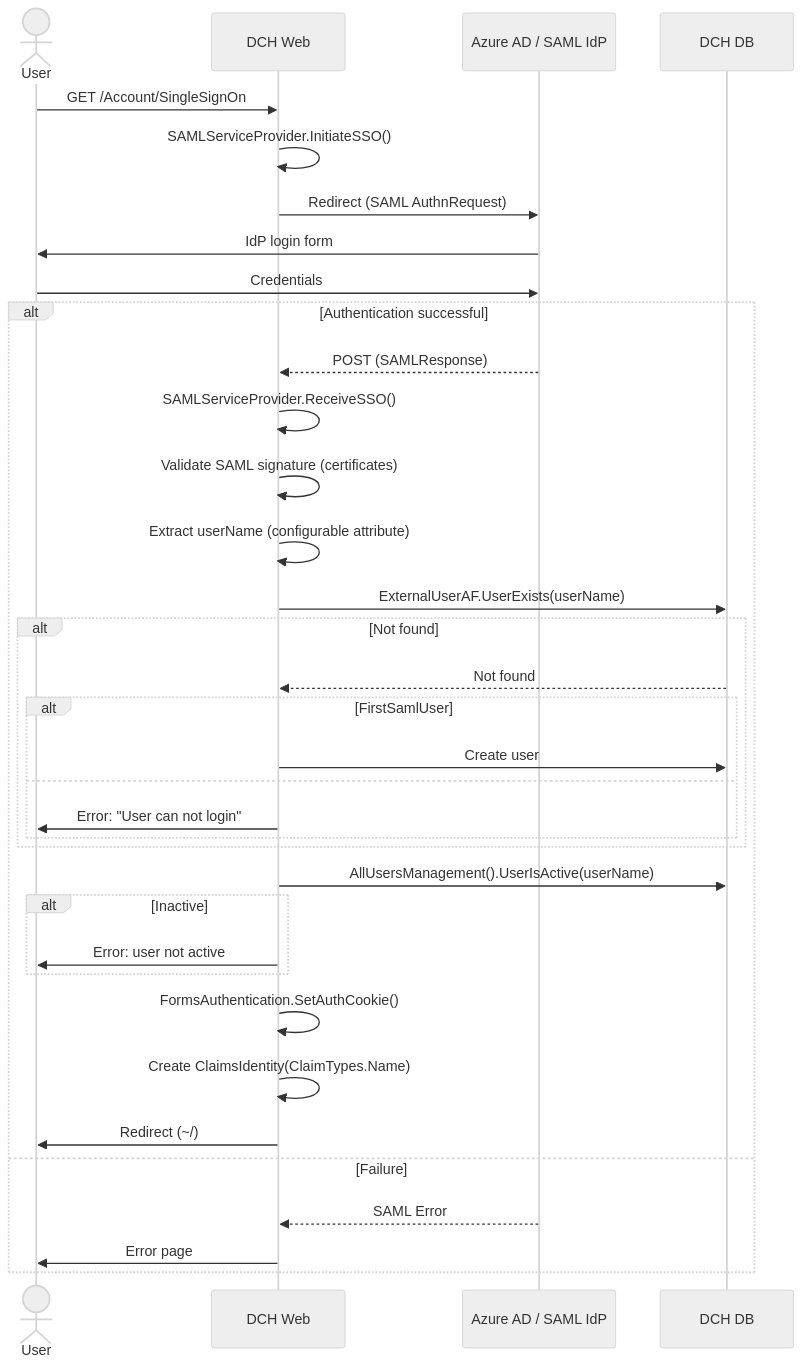
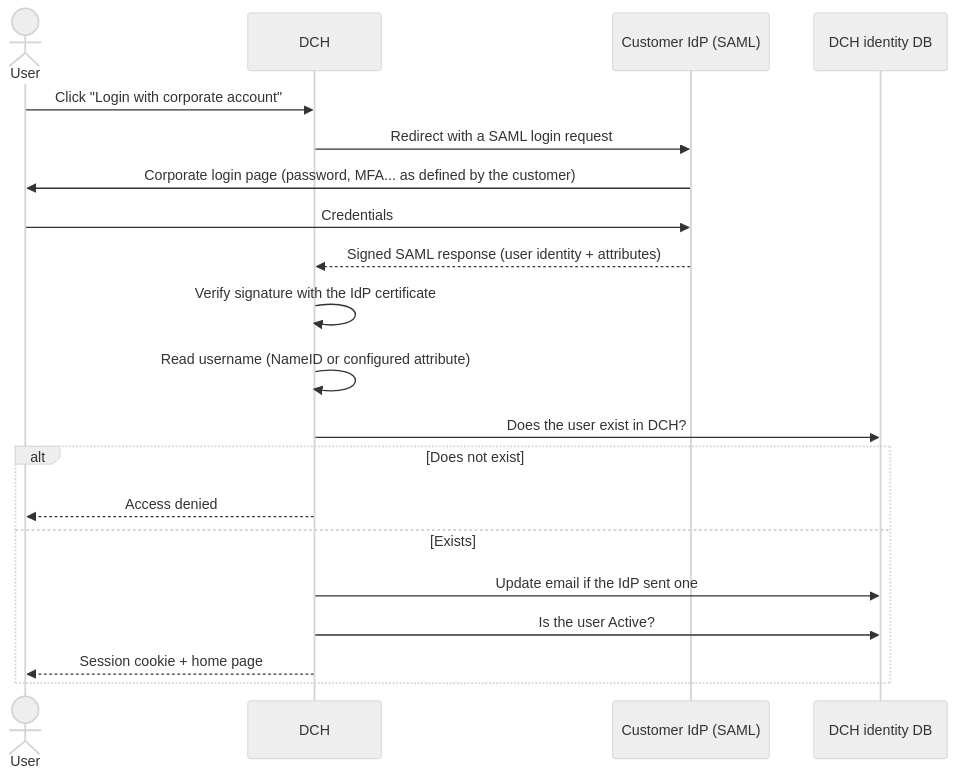
The fourth of 15 diagrams in Docs/AuthAnalysis/DCH_SO99_Authentication_Analysis.en.md (dserranotools/DCH_Implementations), drawn with Mermaid (neutral theme) before and after one commit. The commit also changed other lines of this file and 2 other files, not shown here.

Commit message:
Refactor authentication and authorization documentation for DCH and SO99+: streamline executive summary, enhance clarity on user roles and permissions, and improve alignment recommendations. Update README for better navigation and document structure.

````diff
--- a/Docs/AuthAnalysis/DCH_SO99_Authentication_Analysis.en.md
+++ b/Docs/AuthAnalysis/DCH_SO99_Authentication_Analysis.en.md
@@ -154,45 +196,23 @@
 ```mermaid
 sequenceDiagram
     actor U as User
-    participant D as DCH Web
-    participant IdP as Azure AD / SAML IdP
-    participant DB as DCH DB
+    participant D as DCH
+    participant IdP as Customer IdP (SAML)
+    participant DB as DCH identity DB
 
-    U->>D: GET /Account/SingleSignOn
-    
-    D->>D: SAMLServiceProvider.InitiateSSO()
-    D->>IdP: Redirect (SAML AuthnRequest)
-    
-    IdP->>U: IdP login form
+    U->>D: Click "Login with corporate account"
+    D->>IdP: Redirect with a SAML login request
+    IdP->>U: Corporate login page (password, MFA... as defined by the customer)
     U->>IdP: Credentials
-    
-    alt Authentication successful
-        IdP-->>D: POST (SAMLResponse)
-        D->>D: SAMLServiceProvider.ReceiveSSO()
-        D->>D: Validate SAML signature (certificates)
-        D->>D: Extract userName (configurable attribute)
-        
-        D->>DB: ExternalUserAF.UserExists(userName)
-        alt Not found
-            DB-->>D: Not found
-            alt FirstSamlUser
-                D->>DB: Create user
-            else
-                D->>U: Error: "User can not login"
-            end
-        end
-        
-        D->>DB: AllUsersManagement().UserIsActive(userName)
-        alt Inactive
-            D->>U: Error: user not active
-        end
-        
-        D->>D: FormsAuthentication.SetAuthCookie()
-        D->>D: Create ClaimsIdentity(ClaimTypes.Name)
-        D->>U: Redirect (~/)
-        
-    else Failure
-        IdP-->>D: SAML Error
-        D->>U: Error page
+    IdP-->>D: Signed SAML response (user identity + attributes)
+    D->>D: Verify signature with the IdP certificate
+    D->>D: Read username (NameID or configured attribute)
+    D->>DB: Does the user exist in DCH?
+    alt Does not exist
+        D-->>U: Access denied
+    else Exists
+        D->>DB: Update email if the IdP sent one
+        D->>DB: Is the user Active?
+        D-->>U: Session cookie + home page
     end
 ```
````
